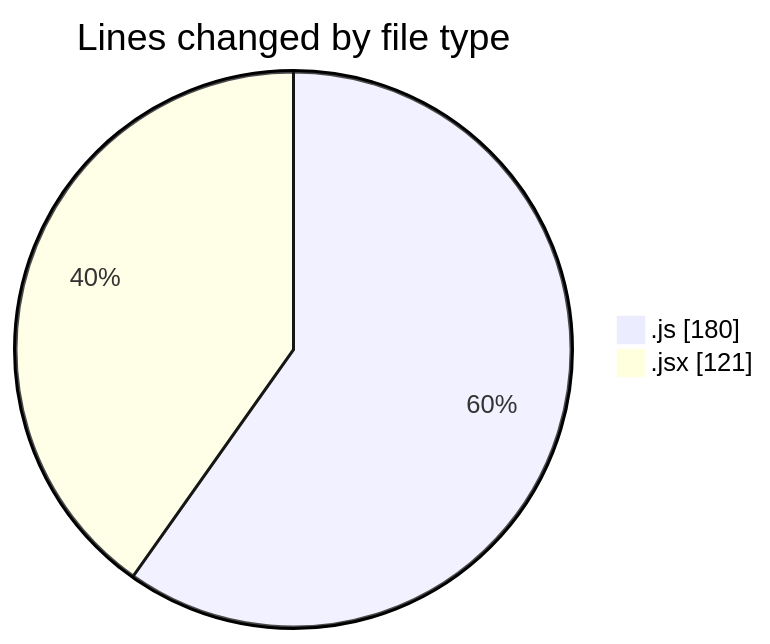
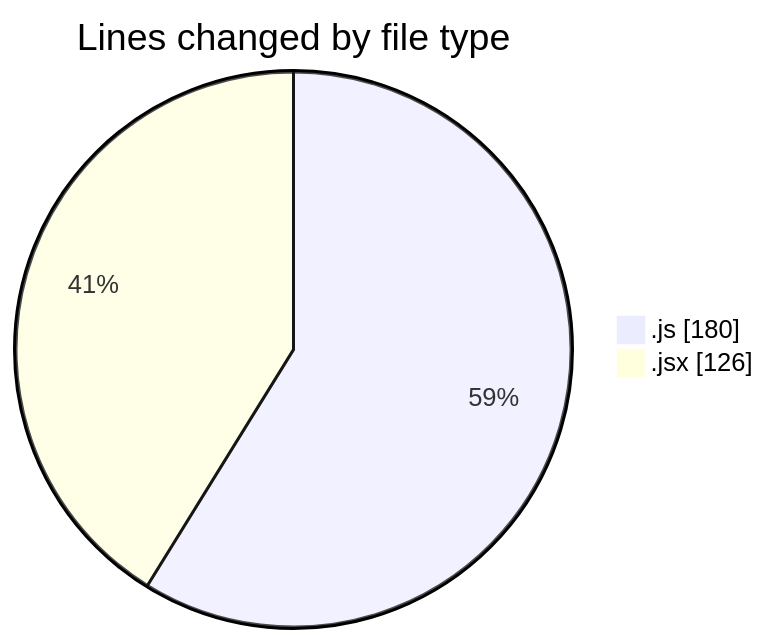
The first of 2 diagrams in 2025-02-25/finite_vercel_app/README.md (charlie-sans/code-tracking), drawn with Mermaid before and after one commit. The commit also changed other lines of this file and 1 other file, not shown here.

````diff
--- a/2025-02-25/finite_vercel_app/README.md
+++ b/2025-02-25/finite_vercel_app/README.md
@@ -21,6 +21,6 @@
 ```mermaid
 pie showData
 title Lines changed by file type
 ".js" : 180
-".jsx" : 121
+".jsx" : 126
 ```
````
